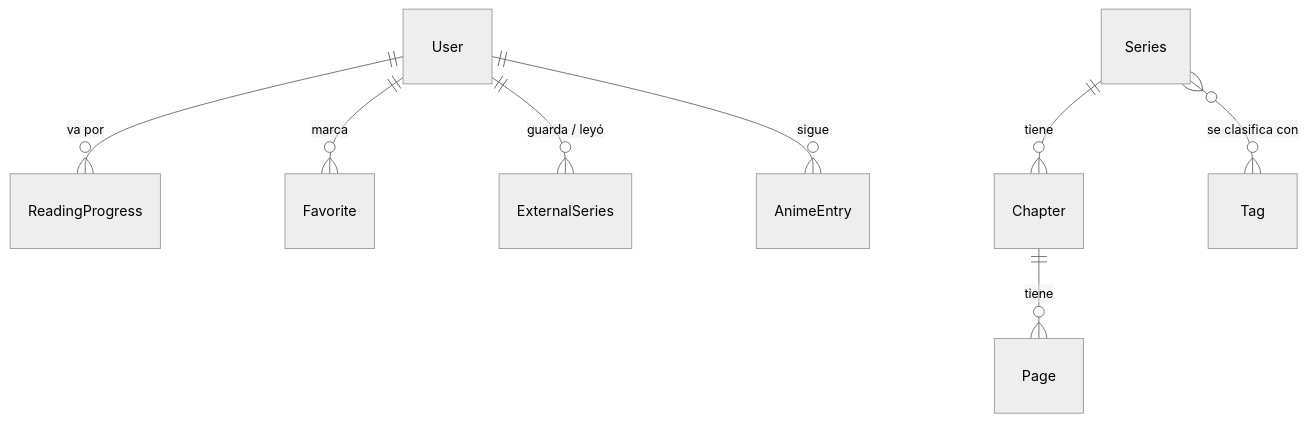
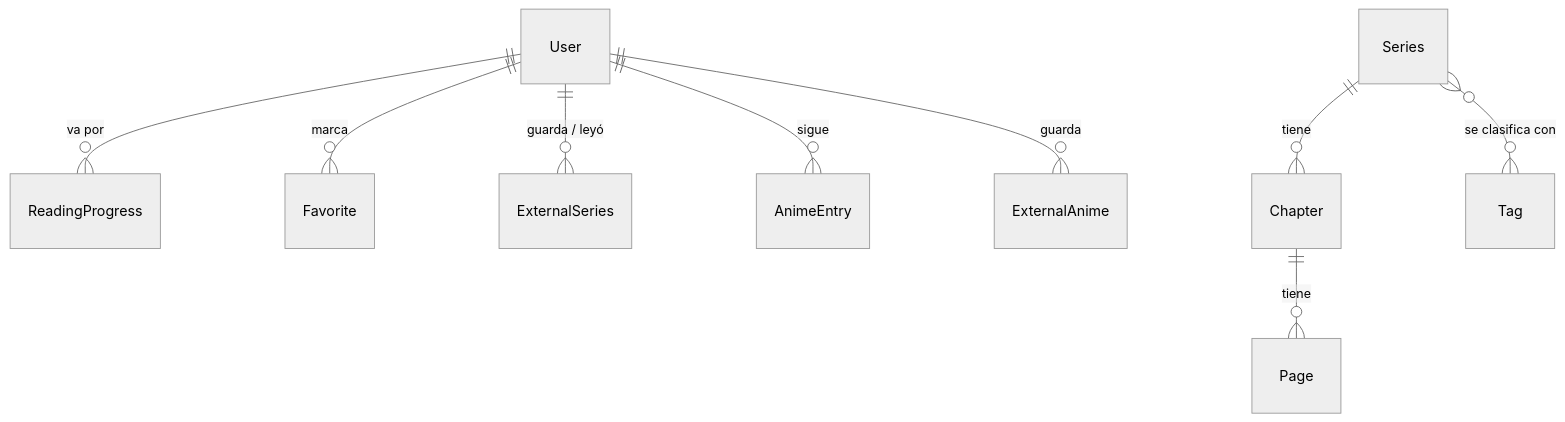
The diagram in docs/03-base-de-datos.md (CrisBuen/MangaTotal), drawn with Mermaid (neutral theme) before and after one commit. The commit also changed other lines of this file and 12 other files, not shown here.

````diff
--- a/docs/03-base-de-datos.md
+++ b/docs/03-base-de-datos.md
@@ -12,10 +12,11 @@
 ```mermaid
 erDiagram
     User ||--o{ ReadingProgress : "va por"
     User ||--o{ Favorite : "marca"
     User ||--o{ ExternalSeries : "guarda / leyó"
     User ||--o{ AnimeEntry : "sigue"
+    User ||--o{ ExternalAnime : "guarda"
     Series ||--o{ Chapter : "tiene"
     Series }o--o{ Tag : "se clasifica con"
     Chapter ||--o{ Page : "tiene"
 ```
````
